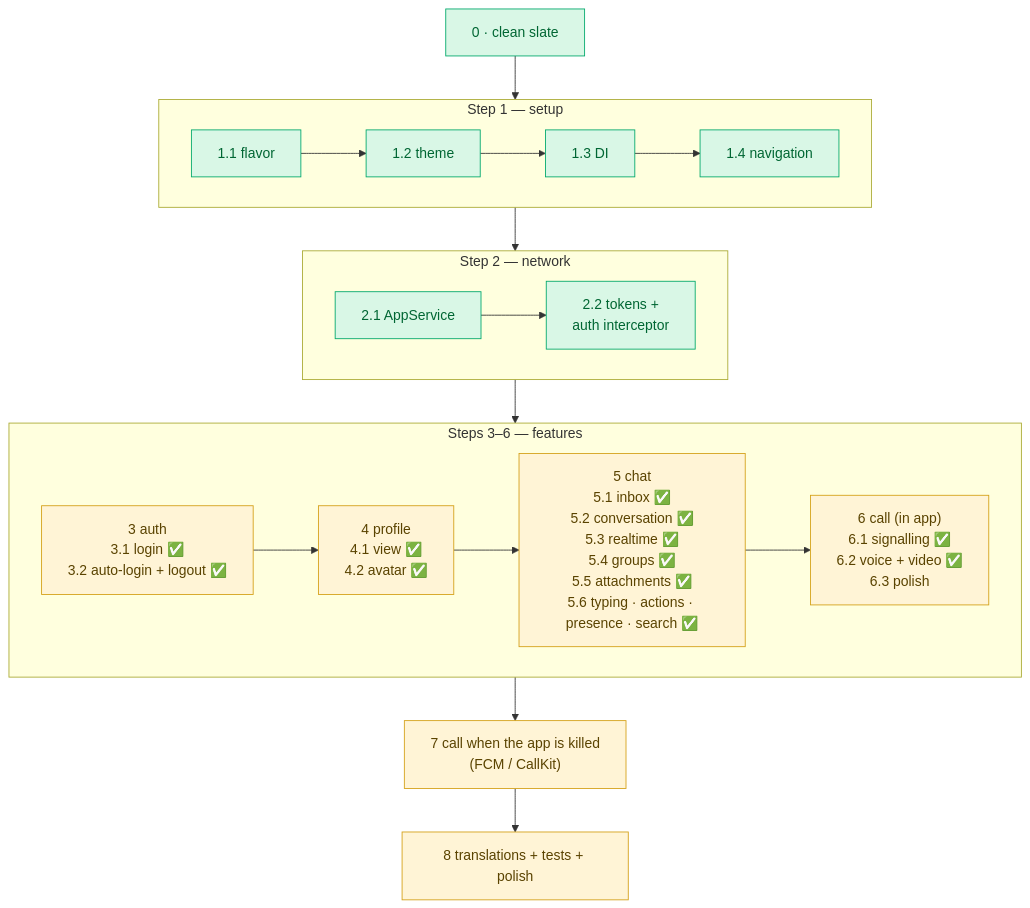
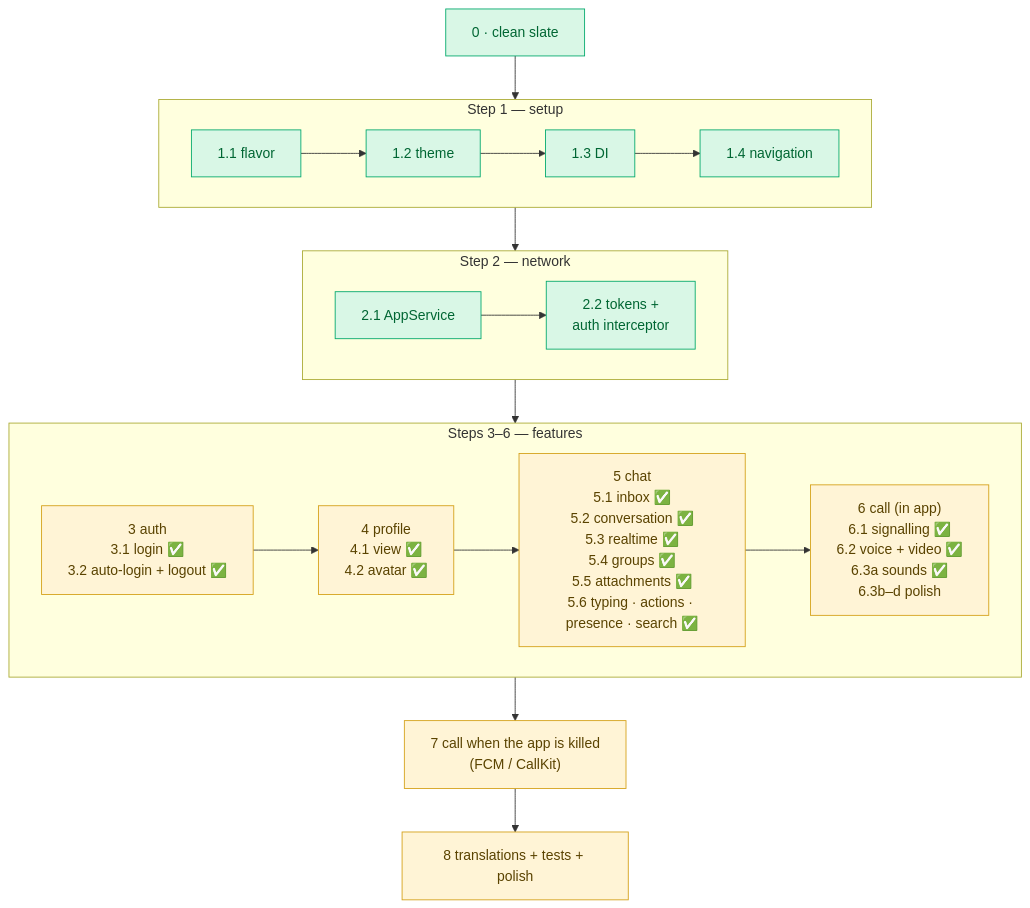
Before and after one commit to krouchvanyda/erp_flutter_claude: the third of 3 diagrams in docs/learning/REBUILD/README.md, drawn with Mermaid. The commit also changed other lines of this file and 9 other files, not shown here.

Commit message:
feat(call): implement call sounds functionality with state-based audio feedback

````diff
--- a/docs/learning/REBUILD/README.md
+++ b/docs/learning/REBUILD/README.md
@@ -73,26 +73,26 @@
 ```mermaid
 flowchart TD
     S0["0 · clean slate"] --> STEP1
     subgraph STEP1["Step 1 — setup"]
         direction LR
         S11["1.1 flavor"] --> S12["1.2 theme"] --> S13["1.3 DI"] --> S14["1.4 navigation"]
     end
     STEP1 --> STEP2
     subgraph STEP2["Step 2 — network"]
         direction LR
         S21["2.1 AppService"] --> S22["2.2 tokens +<br/>auth interceptor"]
     end
     STEP2 --> FEATS
     subgraph FEATS["Steps 3–6 — features"]
         direction LR
-        S3["3 auth<br/>3.1 login ✅<br/>3.2 auto-login + logout ✅"] --> S4["4 profile<br/>4.1 view ✅<br/>4.2 avatar ✅"] --> S5["5 chat<br/>5.1 inbox ✅<br/>5.2 conversation ✅<br/>5.3 realtime ✅<br/>5.4 groups ✅<br/>5.5 attachments ✅<br/>5.6 typing · actions · presence · search ✅"] --> S6["6 call (in app)<br/>6.1 signalling ✅<br/>6.2 voice + video ✅<br/>6.3 polish"]
+        S3["3 auth<br/>3.1 login ✅<br/>3.2 auto-login + logout ✅"] --> S4["4 profile<br/>4.1 view ✅<br/>4.2 avatar ✅"] --> S5["5 chat<br/>5.1 inbox ✅<br/>5.2 conversation ✅<br/>5.3 realtime ✅<br/>5.4 groups ✅<br/>5.5 attachments ✅<br/>5.6 typing · actions · presence · search ✅"] --> S6["6 call (in app)<br/>6.1 signalling ✅<br/>6.2 voice + video ✅<br/>6.3a sounds ✅<br/>6.3b–d polish"]
     end
     FEATS --> S7["7 call when the app is killed<br/>(FCM / CallKit)"] --> S8["8 translations + tests + polish"]
     class S0,S11,S12,S13,S14,S21,S22 ok
     class S3,S4,S5,S6,S7,S8 wait
     classDef app fill:#dbe9ff,stroke:#3b6fd8,color:#123
     classDef ok fill:#d9f7e6,stroke:#00a86b,color:#063
     classDef wait fill:#fff4d6,stroke:#d4a017,color:#5a4300
     classDef none fill:#eeeeee,stroke:#999,color:#555
     classDef err fill:#fde2e2,stroke:#d64545,color:#611
 ```
````
